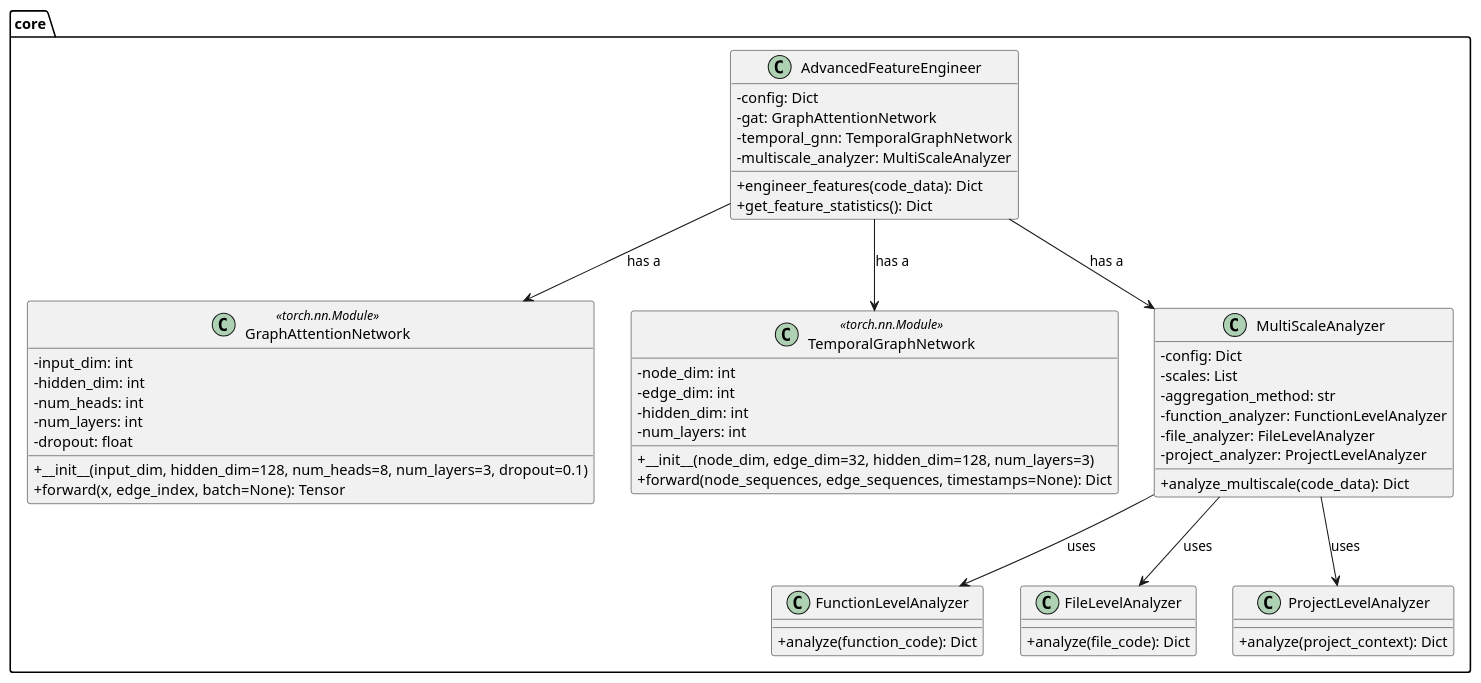
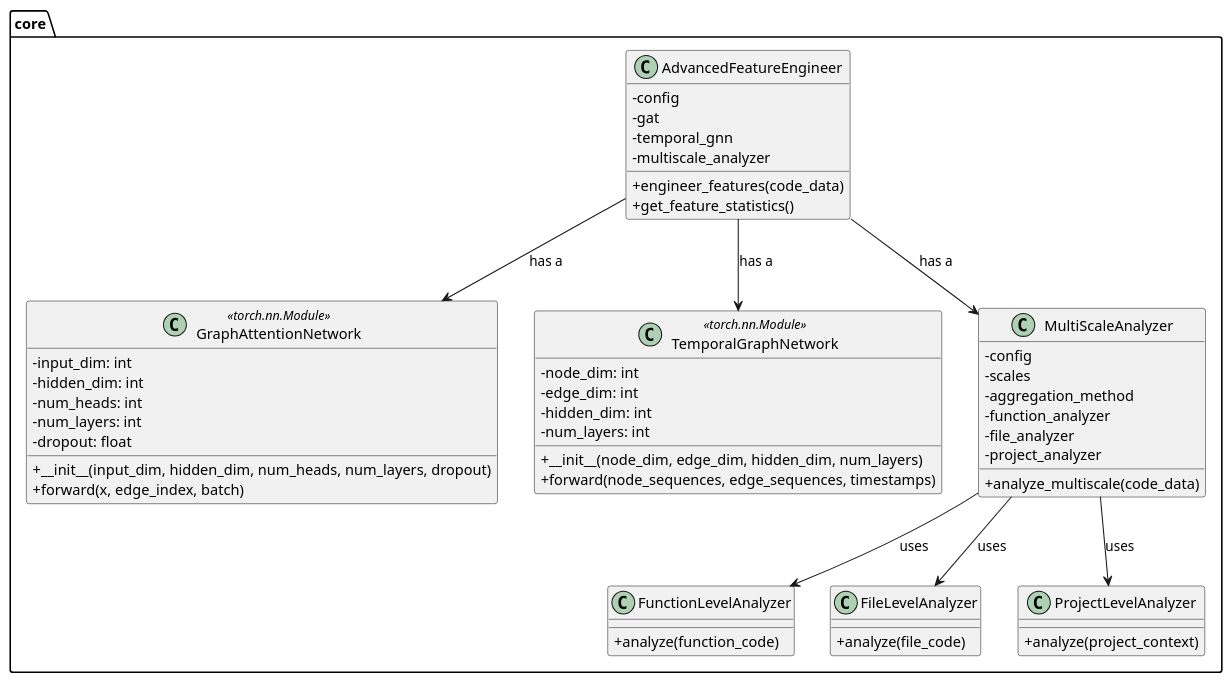
Before and after one commit to scweeks/bean_vulnerable: the diagram in docs/UML/Source/core/core-advanced-feature-engineering.puml, drawn with PlantUML. The commit also changed 1 other file, not shown here.

Commit message:
Still testing PlantUML diagram generation with GitHub Actions.

```diff
--- a/docs/UML/Source/core/core-advanced-feature-engineering.puml
+++ b/docs/UML/Source/core/core-advanced-feature-engineering.puml
@@ -1,65 +1,65 @@
 @startuml advanced_feature_engineering
 ' Advanced Feature Engineering - Class diagram for src/core/advanced_feature_engineering.py
 skinparam classAttributeIconSize 0
 
 package core {
   class GraphAttentionNetwork <<torch.nn.Module>> {
     - input_dim: int
     - hidden_dim: int
     - num_heads: int
     - num_layers: int
     - dropout: float
-    + __init__(input_dim, hidden_dim=128, num_heads=8, num_layers=3, dropout=0.1)
-    + forward(x, edge_index, batch=None): Tensor
+    + __init__(input_dim, hidden_dim, num_heads, num_layers, dropout)
+    + forward(x, edge_index, batch)
   }
 
   class TemporalGraphNetwork <<torch.nn.Module>> {
     - node_dim: int
     - edge_dim: int
     - hidden_dim: int
     - num_layers: int
-    + __init__(node_dim, edge_dim=32, hidden_dim=128, num_layers=3)
-    + forward(node_sequences, edge_sequences, timestamps=None): Dict
+    + __init__(node_dim, edge_dim, hidden_dim, num_layers)
+    + forward(node_sequences, edge_sequences, timestamps)
   }
 
   class MultiScaleAnalyzer {
-    - config: Dict
-    - scales: List
-    - aggregation_method: str
-    - function_analyzer: FunctionLevelAnalyzer
-    - file_analyzer: FileLevelAnalyzer
-    - project_analyzer: ProjectLevelAnalyzer
-    + analyze_multiscale(code_data): Dict
+    - config
+    - scales
+    - aggregation_method
+    - function_analyzer
+    - file_analyzer
+    - project_analyzer
+    + analyze_multiscale(code_data)
   }
 
   class FunctionLevelAnalyzer {
-    + analyze(function_code): Dict
+    + analyze(function_code)
   }
 
   class FileLevelAnalyzer {
-    + analyze(file_code): Dict
+    + analyze(file_code)
   }
 
   class ProjectLevelAnalyzer {
-    + analyze(project_context): Dict
+    + analyze(project_context)
   }
 
   class AdvancedFeatureEngineer {
-    - config: Dict
-    - gat: GraphAttentionNetwork
-    - temporal_gnn: TemporalGraphNetwork
-    - multiscale_analyzer: MultiScaleAnalyzer
-    + engineer_features(code_data): Dict
-    + get_feature_statistics(): Dict
+    - config
+    - gat
+    - temporal_gnn
+    - multiscale_analyzer
+    + engineer_features(code_data)
+    + get_feature_statistics()
   }
 }
 
 ' Relationships
 AdvancedFeatureEngineer --> GraphAttentionNetwork : has a
 AdvancedFeatureEngineer --> TemporalGraphNetwork : has a
 AdvancedFeatureEngineer --> MultiScaleAnalyzer : has a
 MultiScaleAnalyzer --> FunctionLevelAnalyzer : uses
 MultiScaleAnalyzer --> FileLevelAnalyzer : uses
 MultiScaleAnalyzer --> ProjectLevelAnalyzer : uses
 
 @enduml
```
